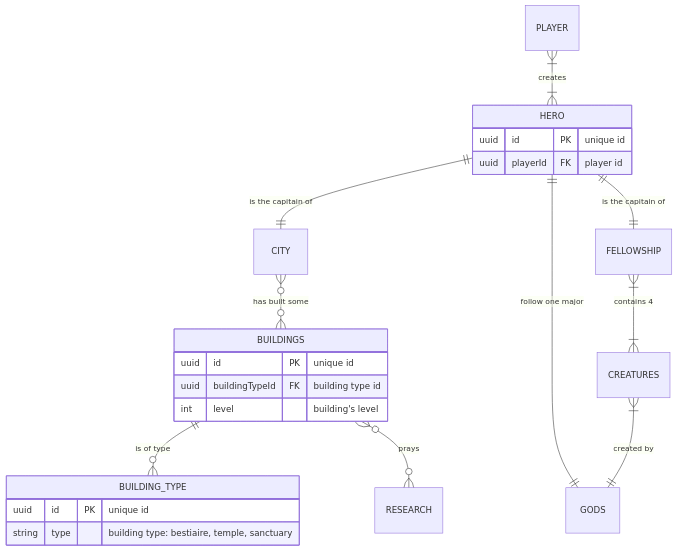
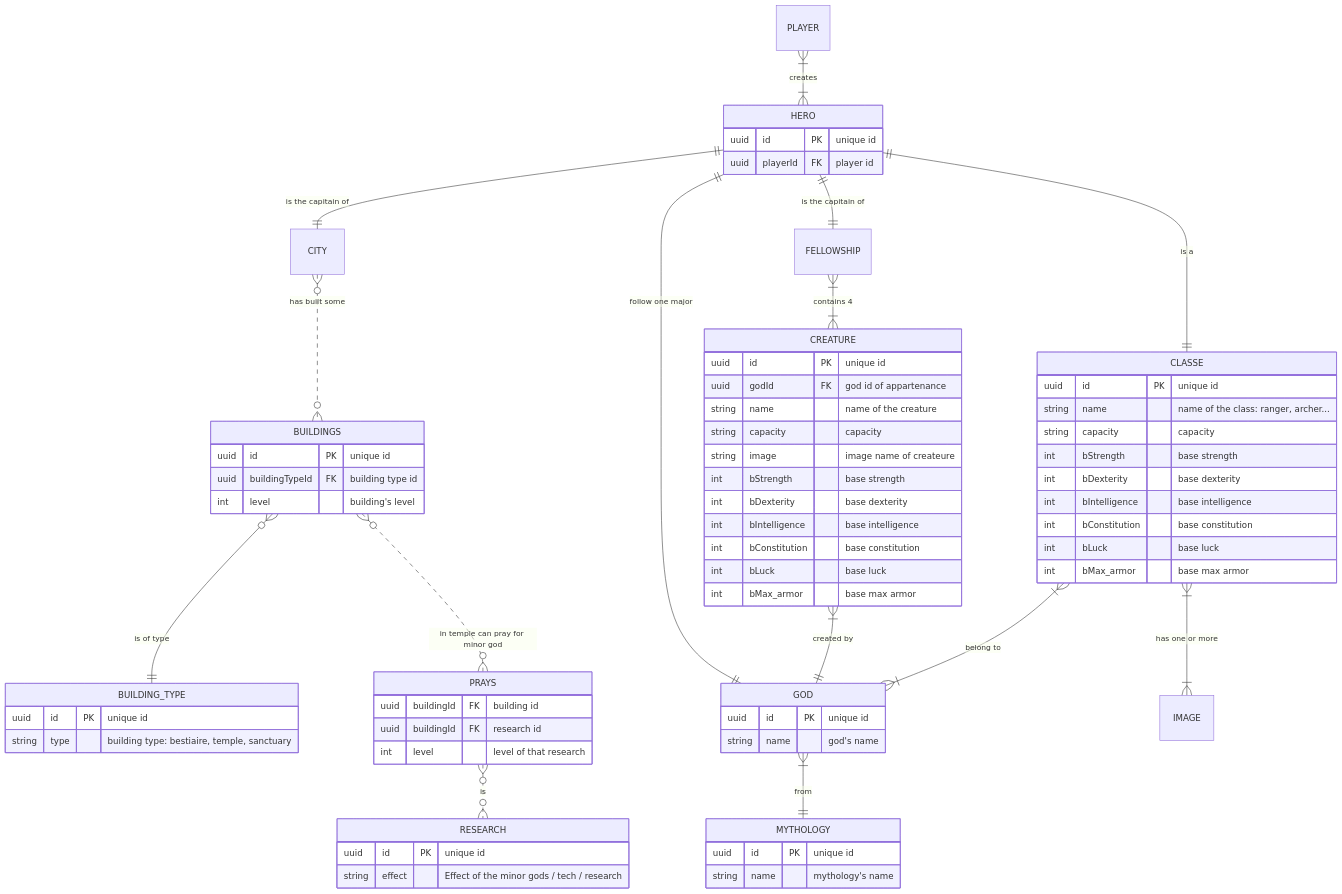
Before and after one commit to demyth-org/demyth: the diagram in backend/README.md, drawn with Mermaid. The commit also changed other lines of this file, not shown here.

````diff
--- a/backend/README.md
+++ b/backend/README.md
@@ -5,30 +5,84 @@
 ```mermaid
 erDiagram
     PLAYER }|--|{ HERO : creates
     HERO {
         uuid id PK "unique id"
         uuid playerId FK "player id"
     }
     
     HERO ||--|| CITY : "is the capitain of"
-    CITY }o--o{BUILDINGS : "has built some"
+    CITY }o..o{BUILDINGS : "has built some"
     BUILDINGS {
         uuid id PK "unique id"
         uuid buildingTypeId FK "building type id"
         int level "building's level"
     }
-    BUILDINGS ||--o{BUILDING_TYPE : "is of type"
+    BUILDINGS }o--||BUILDING_TYPE : "is of type"
     BUILDING_TYPE {
         uuid id PK "unique id"
         string type "building type: bestiaire, temple, sanctuary"
     }
     
-    BUILDINGS }o--o{ RESEARCH : prays
+    BUILDINGS }o..o{ PRAYS : "in temple can pray for minor god"
+    PRAYS {
+        uuid buildingId FK "building id"
+        uuid buildingId FK "research id"
+        int level "level of that research"
+    }
+    PRAYS }o..o{ RESEARCH: "is"
+    RESEARCH {
+        uuid id PK "unique id"
+        string effect "Effect of the minor gods / tech / research"
+    }
     
     HERO ||--|| FELLOWSHIP : "is the capitain of"
-    FELLOWSHIP }|--|{ CREATURES : "contains 4"
+    FELLOWSHIP }|--|{ CREATURE : "contains 4"
     
-    HERO ||--|| GODS : "follow one major"
-    CREATURES }|--|| GODS : "created by"
+    HERO ||--|| GOD : "follow one major"
+    GOD{
+        uuid id PK "unique id"
+        string name "god's name"
+    }
+    GOD}|--||MYTHOLOGY: "from"
+    MYTHOLOGY{
+        uuid id PK "unique id"
+        string name "mythology's name"
+    }
+    GOD {
+        
+    }
+    
+    HERO ||--|| CLASSE : "is a"
+    CLASSE{
+        uuid id PK "unique id"
+        string name "name of the class: ranger, archer..."
+        string capacity "capacity"
+        int bStrength "base strength"
+        int bDexterity "base dexterity"
+        int bIntelligence "base intelligence"
+        int bConstitution "base constitution"
+        int bLuck "base luck"
+        int bMax_armor "base max armor"
+    }
+    CLASSE }|--|{ IMAGE : "has one or more"
+    IMAGE {
+    
+    }
+    CREATURE }|--|| GOD : "created by"
+    CREATURE {
+        uuid id PK "unique id"
+        uuid godId FK "god id of appartenance"
+        string name "name of the creature"
+        string capacity "capacity"
+        string image "image name of createure"
+        int bStrength "base strength"
+        int bDexterity "base dexterity"
+        int bIntelligence "base intelligence"
+        int bConstitution "base constitution"
+        int bLuck "base luck"
+        int bMax_armor "base max armor"
+    }
+    CLASSE }|--|{ GOD : "belong to"
+    
         
 ```
````
